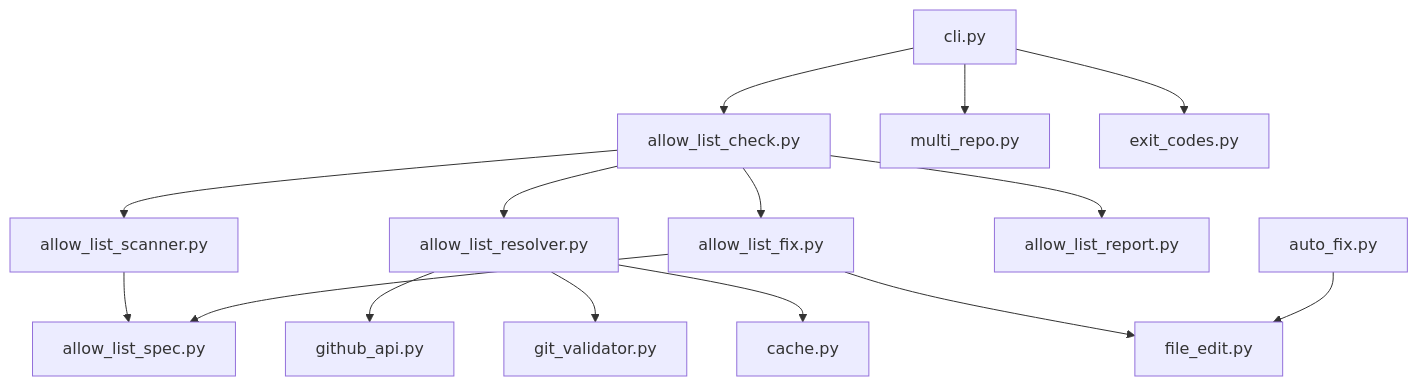
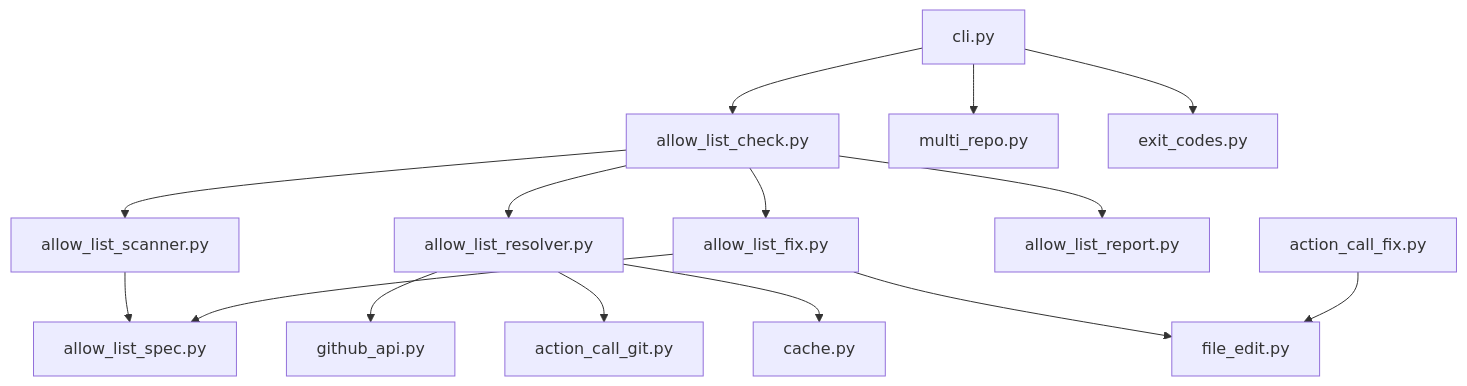
One commit to modeseven-lfit/gha-workflow-linter changed the diagram in docs/ALLOW_LIST_FEATURE.md. Above: the diagram before and after it, drawn with Mermaid. The commit also changed other lines of this file and 45 other files, not shown here.

````diff
--- a/docs/ALLOW_LIST_FEATURE.md
+++ b/docs/ALLOW_LIST_FEATURE.md
@@ -1315,17 +1315,17 @@
 ```mermaid
 graph TD
     CLI[cli.py] --> CHECK[allow_list_check.py]
     CLI --> MULTI[multi_repo.py]
     CLI --> EXIT[exit_codes.py]
     CHECK --> SCAN[allow_list_scanner.py]
     CHECK --> RES[allow_list_resolver.py]
     CHECK --> FIX[allow_list_fix.py]
     CHECK --> REP[allow_list_report.py]
     SCAN --> SPEC[allow_list_spec.py]
     FIX --> SPEC
     FIX --> EDIT[file_edit.py]
     RES --> API[github_api.py]
-    RES --> GIT[git_validator.py]
+    RES --> GIT[action_call_git.py]
     RES --> CACHE[cache.py]
-    AF[auto_fix.py] --> EDIT
+    AF[action_call_fix.py] --> EDIT
 ```
````
